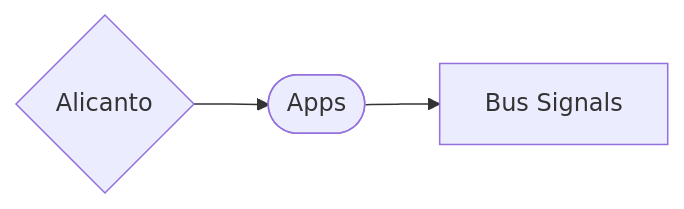
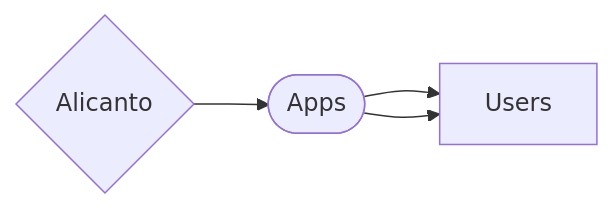
Before and after one commit to Reborn-Telemetry/Alicanto-Backend: the diagram in README.md, drawn with Mermaid.

````diff
--- a/README.md
+++ b/README.md
@@ -20,5 +20,7 @@
 ```mermaid
 flowchart LR
 A{Alicanto} --> B[Apps]
 B([Apps]) --> C[Bus Signals]
+B([Apps]) --> C[Users]
+
 ```
````
